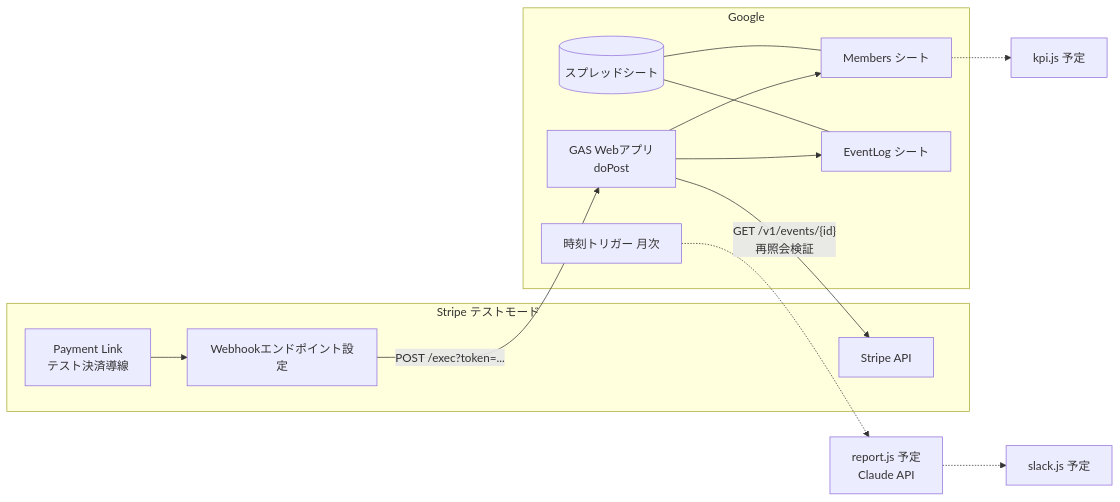
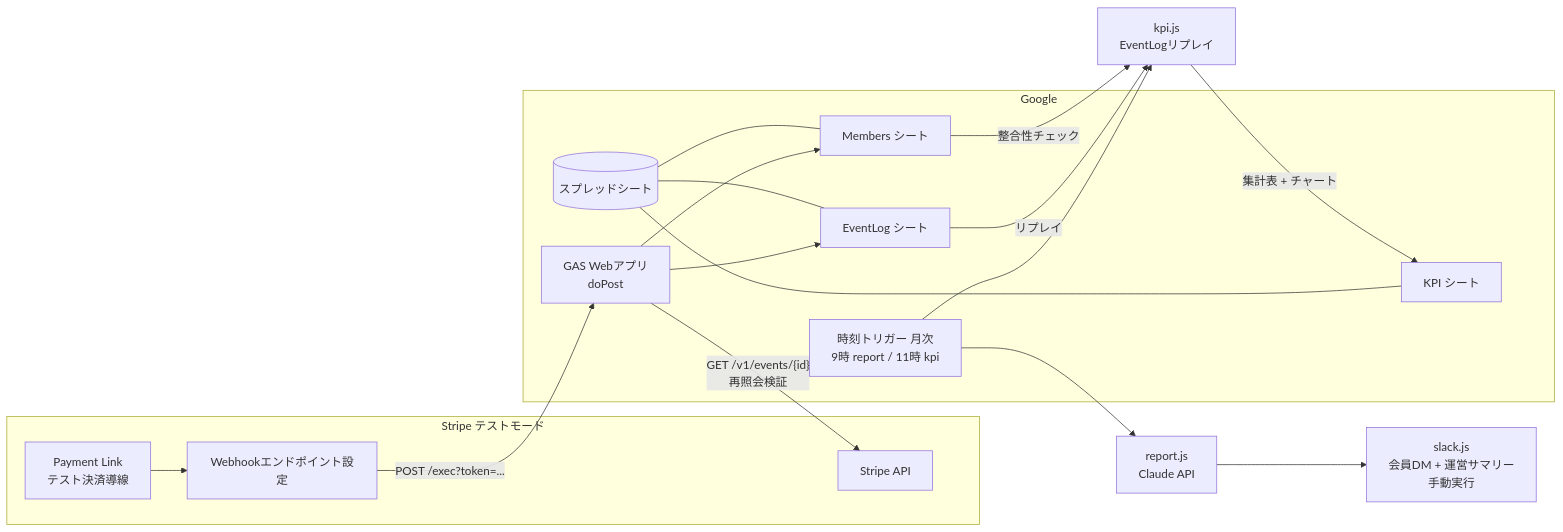
One commit to aomizuki0307/gas-membership-kit changed the first of 2 diagrams in docs/architecture.md. Above: the diagram before and after it, drawn with Mermaid. The commit also changed other lines of this file and 4 other files, not shown here.

````diff
--- a/docs/architecture.md
+++ b/docs/architecture.md
@@ -5,25 +5,30 @@
 ```mermaid
 graph LR
     subgraph Stripe[Stripe テストモード]
         PL[Payment Link<br>テスト決済導線]
         WH[Webhookエンドポイント設定]
         API[Stripe API]
     end
     subgraph Google
         GAS[GAS Webアプリ<br>doPost]
         SS[(スプレッドシート)]
         M[Members シート]
         E[EventLog シート]
-        T[時刻トリガー 月次]
+        KP[KPI シート]
+        T[時刻トリガー 月次<br>9時 report / 11時 kpi]
     end
     PL --> WH
     WH -- "POST /exec?token=..." --> GAS
     GAS -- "GET /v1/events/{id}<br>再照会検証" --> API
     GAS --> M
     GAS --> E
     SS --- M
     SS --- E
-    T -.-> R[report.js 予定<br>Claude API]
-    R -.-> SL[slack.js 予定]
-    M -.-> K[kpi.js 予定]
+    SS --- KP
+    T --> R[report.js<br>Claude API]
+    R --> SL[slack.js<br>会員DM + 運営サマリー<br>手動実行]
+    T --> K[kpi.js<br>EventLogリプレイ]
+    E -- リプレイ --> K
+    M -- 整合性チェック --> K
+    K -- 集計表 + チャート --> KP
 ```
````
